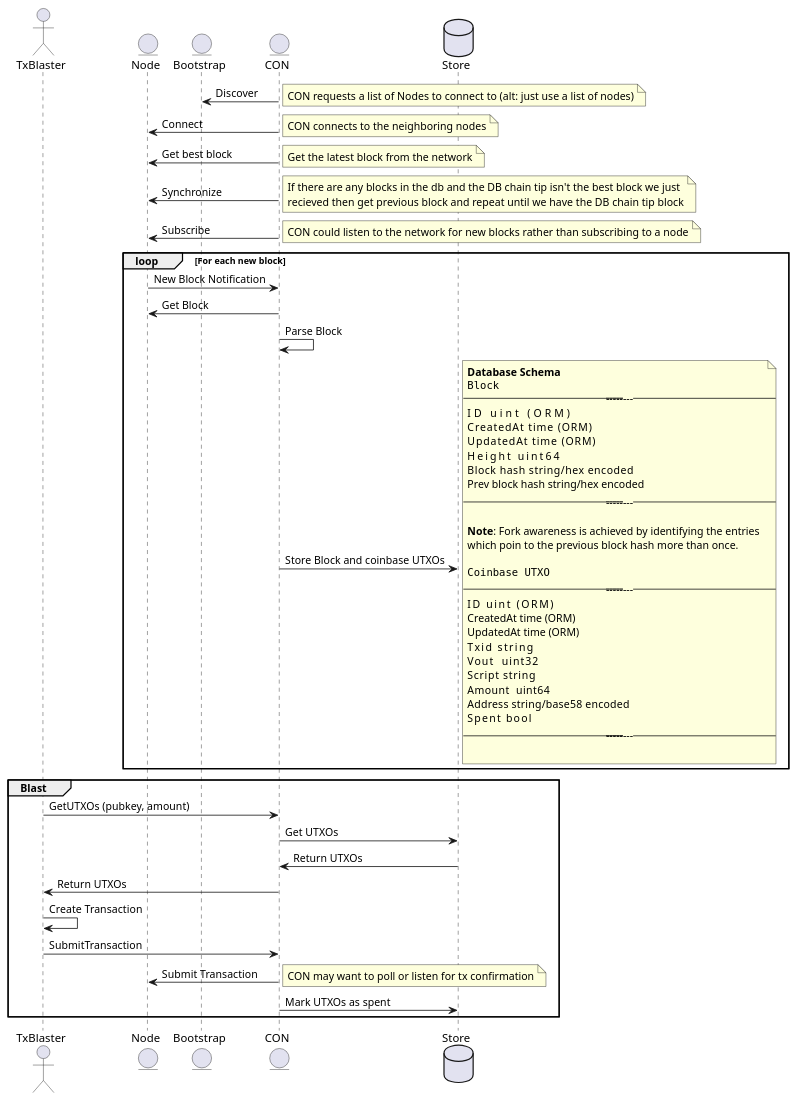
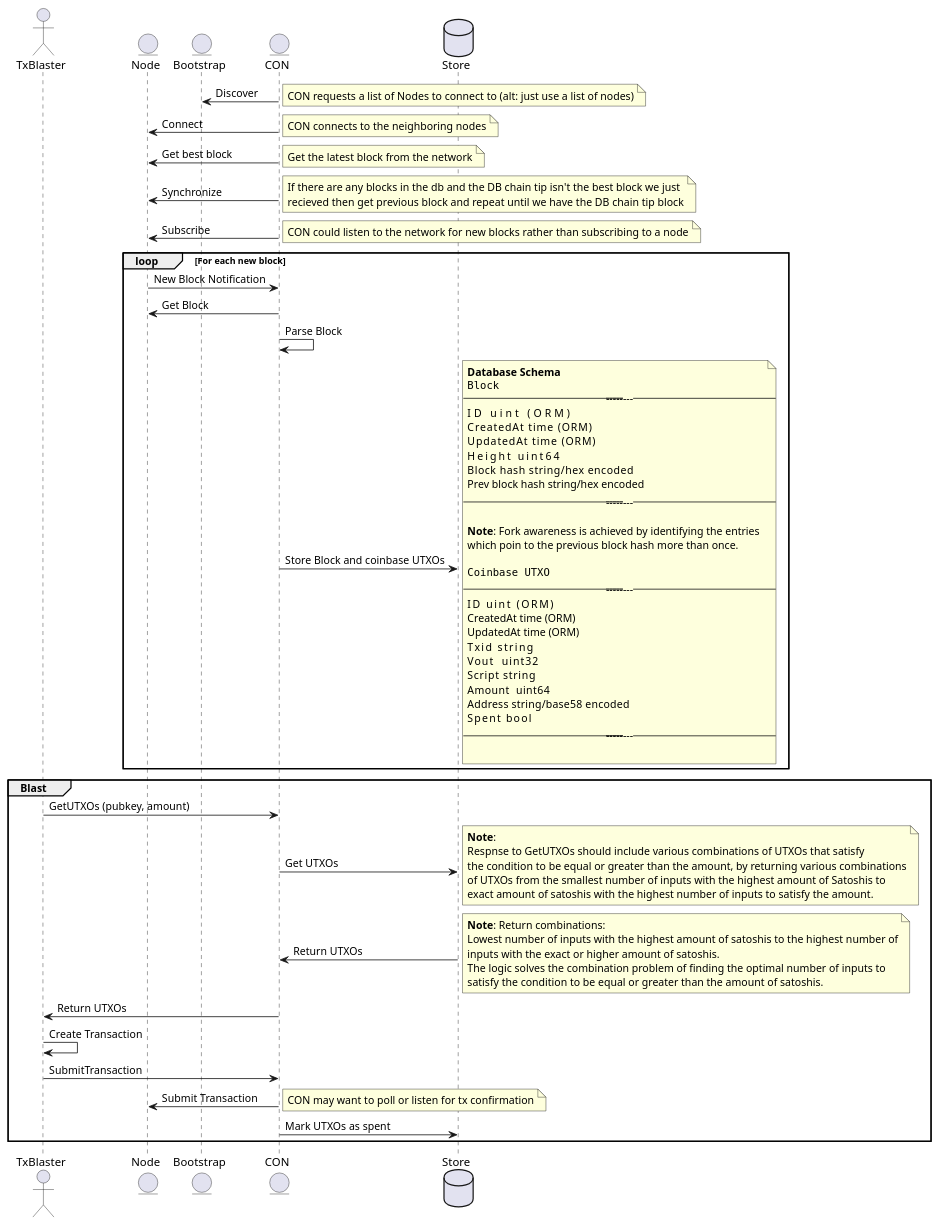
The diagram in docs/conSequence.puml (freemans13/teranode), drawn with PlantUML before and after one commit. The commit also changed 1 other file, not shown here.

Commit message:
[feat] update sequence diagram, add tech notes

```diff
--- a/docs/conSequence.puml
+++ b/docs/conSequence.puml
@@ -1,90 +1,104 @@
 @startuml Coinbase Overlay Node Service
 
 actor TxBlaster
 entity Node
 entity Bootstrap
 entity CON
 database Store
 
 CON -> Bootstrap: Discover
 note right
   CON requests a list of Nodes to connect to (alt: just use a list of nodes)
 end note
 
 CON -> Node: Connect
 note right
   CON connects to the neighboring nodes
 end note
 CON -> Node: Get best block
 note right
   Get the latest block from the network
 end note
 CON -> Node: Synchronize
 note right
   If there are any blocks in the db and the DB chain tip isn't the best block we just
   recieved then get previous block and repeat until we have the DB chain tip block
 end note
 
 CON -> Node: Subscribe
 note right
   CON could listen to the network for new blocks rather than subscribing to a node
 end note
 
 loop For each new block
   Node -> CON: New Block Notification
   CON -> Node: Get Block
   CON -> CON: Parse Block
   CON -> Store: Store Block and coinbase UTXOs
 note right
   <b>Database Schema</b>
   <code>
   Block
   --------------------------------
   ID              uint (ORM)
   CreatedAt       time (ORM)
   UpdatedAt       time (ORM)
   Height          uint64
   Block hash      string/hex encoded
   Prev block hash string/hex encoded
   --------------------------------
 
   <b>Note</b>: Fork awareness is achieved by identifying the entries
   which poin to the previous block hash more than once.
 
   <code>
   Coinbase UTXO
   --------------------------------
   ID        uint (ORM)
   CreatedAt time (ORM)
   UpdatedAt time (ORM)
   Txid      string
   Vout      uint32
   Script    string
   Amount    uint64
   Address   string/base58 encoded
   Spent     bool
   --------------------------------
 
 end note
 end
 
 group Blast
 TxBlaster -> CON: GetUTXOs (pubkey, amount)
 CON -> Store: Get UTXOs
+note right
+  <b>Note</b>:
+  Respnse to GetUTXOs should include various combinations of UTXOs that satisfy
+  the condition to be equal or greater than the amount, by returning various combinations
+  of UTXOs from the smallest number of inputs with the highest amount of Satoshis to
+  exact amount of satoshis with the highest number of inputs to satisfy the amount.
+end note
 Store -> CON: Return UTXOs
+note right
+  <b>Note</b>: Return combinations:
+  Lowest number of inputs with the highest amount of satoshis to the highest number of
+  inputs with the exact or higher amount of satoshis.
+  The logic solves the combination problem of finding the optimal number of inputs to
+  satisfy the condition to be equal or greater than the amount of satoshis.
+end note
 CON -> TxBlaster: Return UTXOs
 
 TxBlaster -> TxBlaster: Create Transaction
 
 TxBlaster -> CON: SubmitTransaction
 CON -> Node: Submit Transaction
 note right
   CON may want to poll or listen for tx confirmation
 end note
 CON -> Store: Mark UTXOs as spent
 end
 
 
 
 
 @enduml
```
